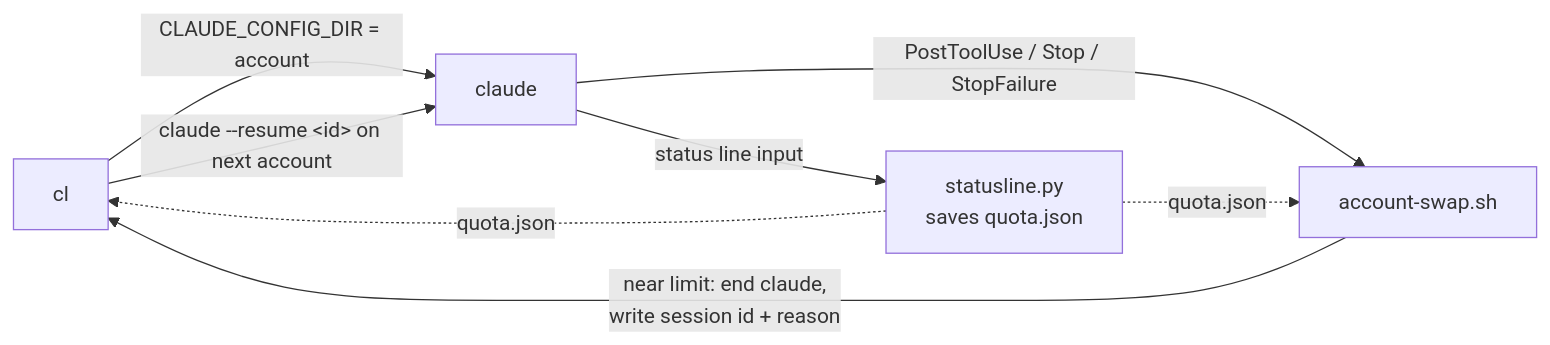
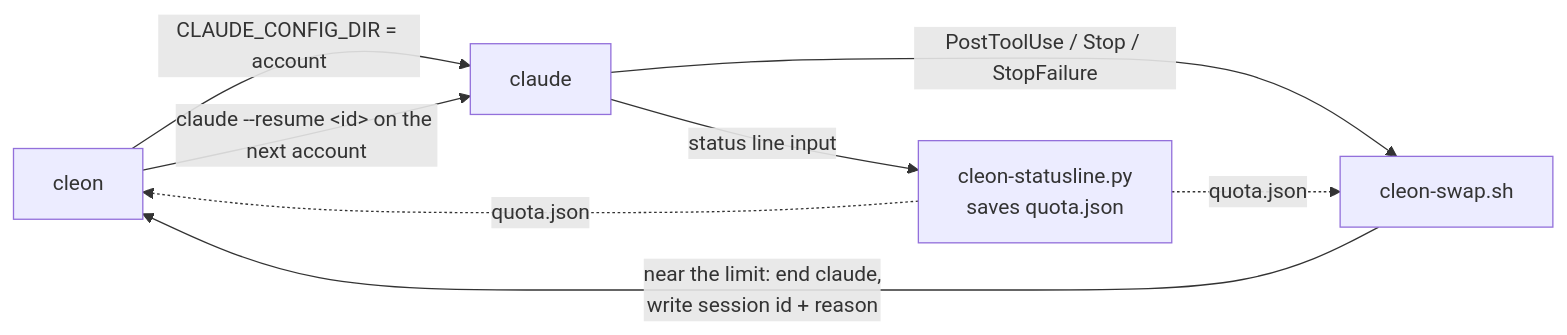
One commit to serhii-kucherenko/cleon changed the diagram in README.md. Above: the diagram before and after it, drawn with Mermaid. The commit also changed other lines of this file and 9 other files, not shown here.

````diff
--- a/README.md
+++ b/README.md
@@ -22,10 +183,10 @@
 ```mermaid
 flowchart LR
-    cl["cl"] -->|"CLAUDE_CONFIG_DIR = account"| claude["claude"]
-    claude -->|"status line input"| sl["statusline.py<br/>saves quota.json"]
-    claude -->|"PostToolUse / Stop / StopFailure"| hook["account-swap.sh"]
+    cleon["cleon"] -->|"CLAUDE_CONFIG_DIR = account"| claude["claude"]
+    claude -->|"status line input"| sl["cleon-statusline.py<br/>saves quota.json"]
+    claude -->|"PostToolUse / Stop / StopFailure"| hook["cleon-swap.sh"]
     sl -.->|"quota.json"| hook
-    sl -.->|"quota.json"| cl
-    hook -->|"near limit: end claude,<br/>write session id + reason"| cl
-    cl -->|"claude --resume &lt;id&gt; on next account"| claude
+    sl -.->|"quota.json"| cleon
+    hook -->|"near the limit: end claude,<br/>write session id + reason"| cleon
+    cleon -->|"claude --resume &lt;id&gt; on the next account"| claude
 ```
````
